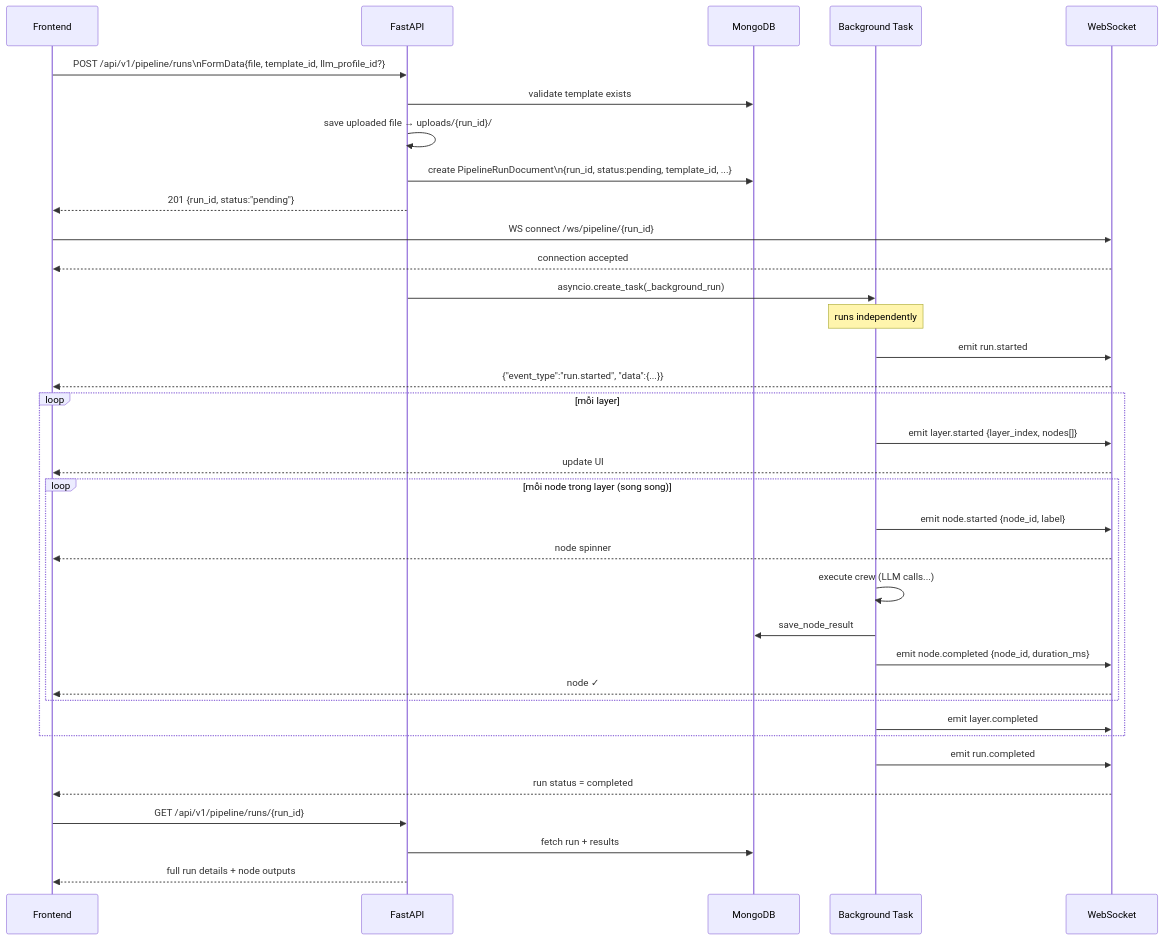
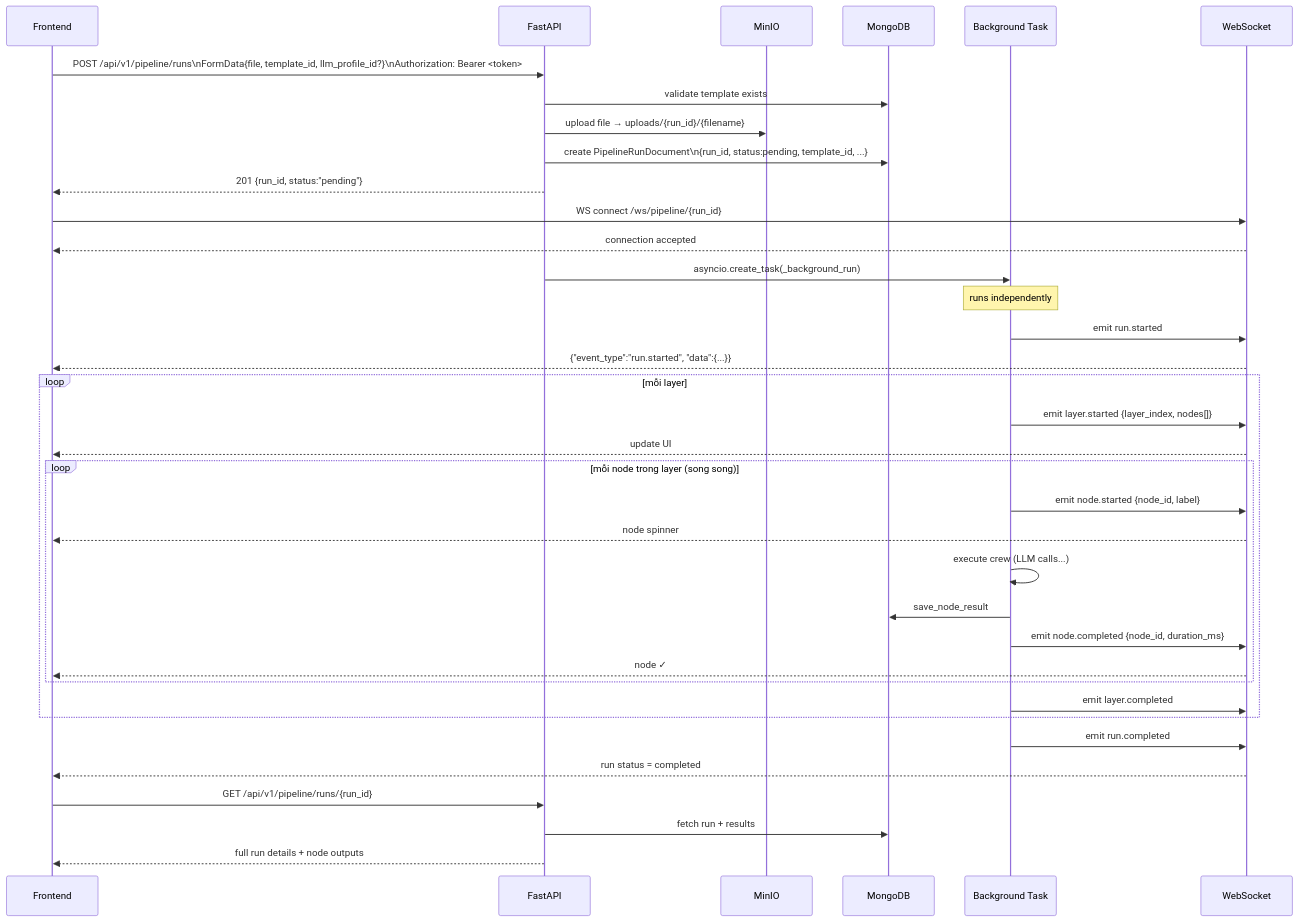
One commit to HenSanInDuty/agent-automation-testing changed the third of 7 diagrams in docs/api-flow.md. Above: the diagram before and after it, drawn with Mermaid. The commit also changed other lines of this file and 6 other files, not shown here.

````diff
--- a/docs/api-flow.md
+++ b/docs/api-flow.md
@@ -57,46 +99,47 @@
 ```mermaid
 sequenceDiagram
     participant UI as Frontend
     participant API as FastAPI
+    participant MINIO as MinIO
     participant DB as MongoDB
     participant BG as Background Task
     participant WS as WebSocket
 
-    UI->>API: POST /api/v1/pipeline/runs\nFormData{file, template_id, llm_profile_id?}
+    UI->>API: POST /api/v1/pipeline/runs\nFormData{file, template_id, llm_profile_id?}\nAuthorization: Bearer <token>
     API->>DB: validate template exists
-    API->>API: save uploaded file → uploads/{run_id}/
+    API->>MINIO: upload file → uploads/{run_id}/{filename}
     API->>DB: create PipelineRunDocument\n{run_id, status:pending, template_id, ...}
     API-->>UI: 201 {run_id, status:"pending"}
 
     UI->>WS: WS connect /ws/pipeline/{run_id}
     WS-->>UI: connection accepted
 
     API->>BG: asyncio.create_task(_background_run)
     note over BG: runs independently
 
     BG->>WS: emit run.started
     WS-->>UI: {"event_type":"run.started", "data":{...}}
 
     loop mỗi layer
         BG->>WS: emit layer.started {layer_index, nodes[]}
         WS-->>UI: update UI
 
         loop mỗi node trong layer (song song)
             BG->>WS: emit node.started {node_id, label}
             WS-->>UI: node spinner
             BG->>BG: execute crew (LLM calls...)
             BG->>DB: save_node_result
             BG->>WS: emit node.completed {node_id, duration_ms}
             WS-->>UI: node ✓
         end
 
         BG->>WS: emit layer.completed
     end
 
     BG->>WS: emit run.completed
     WS-->>UI: run status = completed
 
     UI->>API: GET /api/v1/pipeline/runs/{run_id}
     API->>DB: fetch run + results
     API-->>UI: full run details + node outputs
 ```
````
